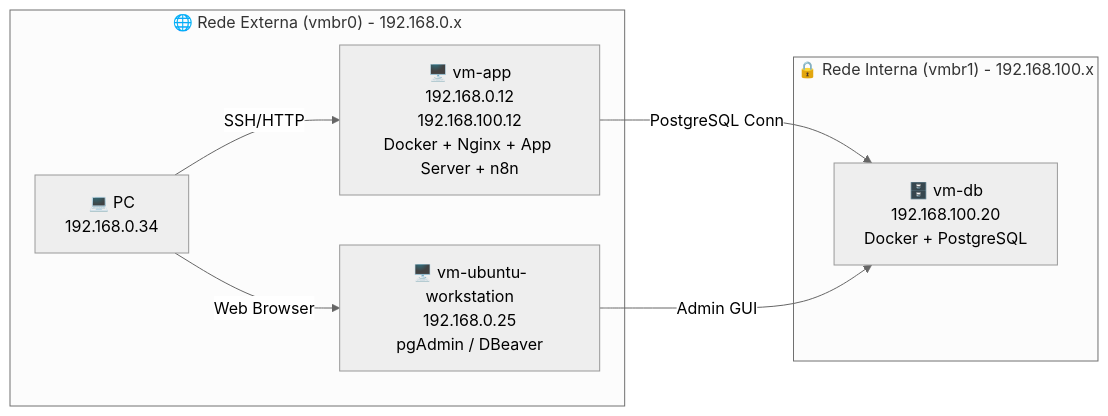
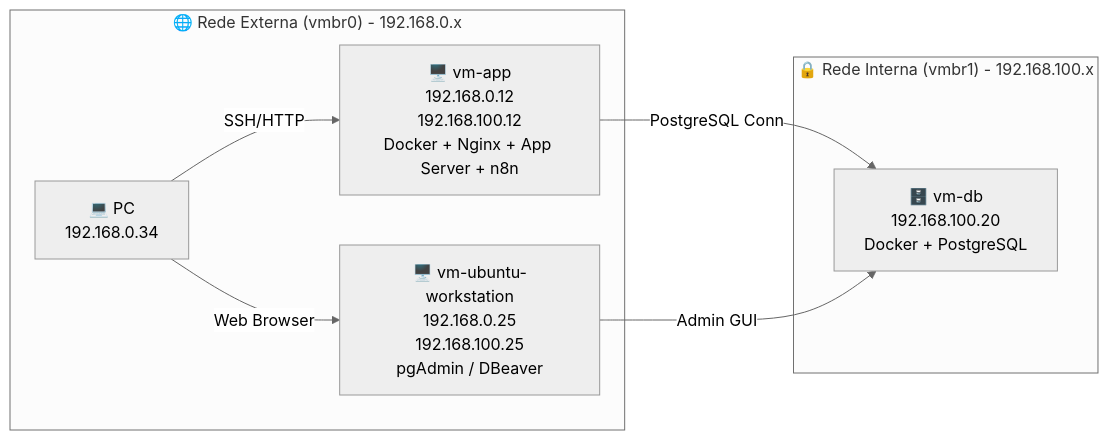
The first of 2 diagrams in JavaHelper-AI/docs/architecture/mini-datacenter-documentation.md (golberysantos/javahelpers), drawn with Mermaid (neutral theme) before and after one commit. The commit also changed other lines of this file and 1 other file, not shown here.

````diff
--- a/JavaHelper-AI/docs/architecture/mini-datacenter-documentation.md
+++ b/JavaHelper-AI/docs/architecture/mini-datacenter-documentation.md
@@ -59,21 +60,21 @@
 ```mermaid
 flowchart LR
     PC["💻 PC\n192.168.0.34"] -->|SSH/HTTP| VMAPP["🖥️ vm-app\n192.168.0.12\n192.168.100.12\nDocker + Nginx + App Server + n8n"]
     VMAPP -->|PostgreSQL Conn| VMDB["🗄️ vm-db\n192.168.100.20\nDocker + PostgreSQL"]
-    PC -->|Web Browser| VMWS["🖥️ vm-ubuntu-workstation\n192.168.0.25\npgAdmin / DBeaver"]
+    PC -->|Web Browser| VMWS["🖥️ vm-ubuntu-workstation\n192.168.0.25\n192.168.100.25\npgAdmin / DBeaver"]
 
     subgraph External_Network ["🌐 Rede Externa (vmbr0) - 192.168.0.x"]
         PC
         VMAPP
         VMWS
     end
 
     subgraph Internal_Network ["🔒 Rede Interna (vmbr1) - 192.168.100.x"]
         VMAPP
         VMDB
         VMWS
     end
 
     VMWS -->|Admin GUI| VMDB
 
 ```
````
